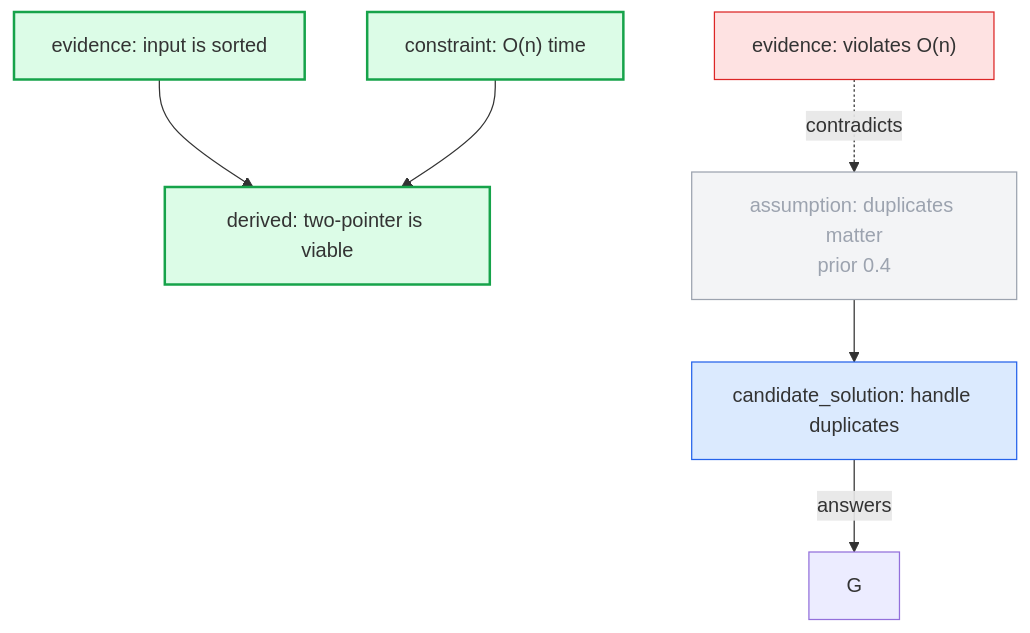
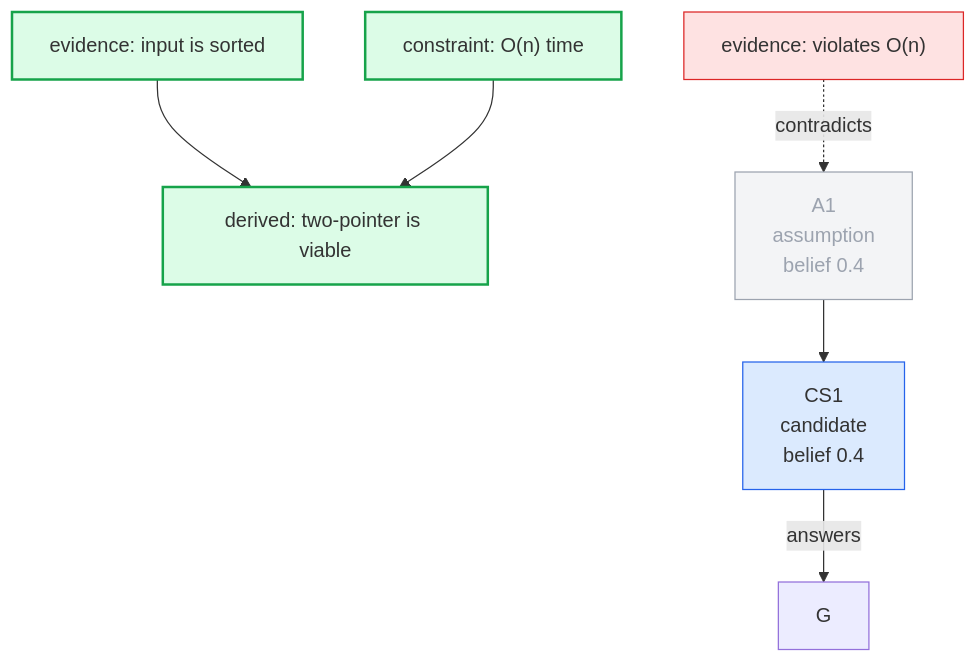
The diagram in skills/reasoning-graph/docs/rendering.md (xian0x5a/reasoning-graph), drawn with Mermaid before and after one commit. The commit also changed other lines of this file and 9 other files, not shown here.

````diff
--- a/skills/reasoning-graph/docs/rendering.md
+++ b/skills/reasoning-graph/docs/rendering.md
@@ -110,18 +116,18 @@
 ```mermaid
 flowchart TD
   E1["evidence: input is sorted"] --> D1["derived: two-pointer is viable"]
   C1["constraint: O(n) time"] --> D1
-  A1["assumption: duplicates matter<br/>prior 0.4"] --> CS1["candidate_solution: handle duplicates"]
+  A1["A1<br/>assumption<br/>belief 0.4"] --> CS1["CS1<br/>candidate<br/>belief 0.4"]
   CS1 -- answers --> G
   E2["evidence: violates O(n)"] -. contradicts .-> A1
 
   classDef winning fill:#dcfce7,stroke:#16a34a,stroke-width:2px;
   classDef candidate fill:#dbeafe,stroke:#2563eb;
   classDef dim fill:#f3f4f6,stroke:#9ca3af,color:#9ca3af;
   classDef bad fill:#fee2e2,stroke:#dc2626;
 
   class E1,C1,D1 winning;
   class CS1 candidate;
   class A1 dim;
   class E2 bad;
 ```
````
